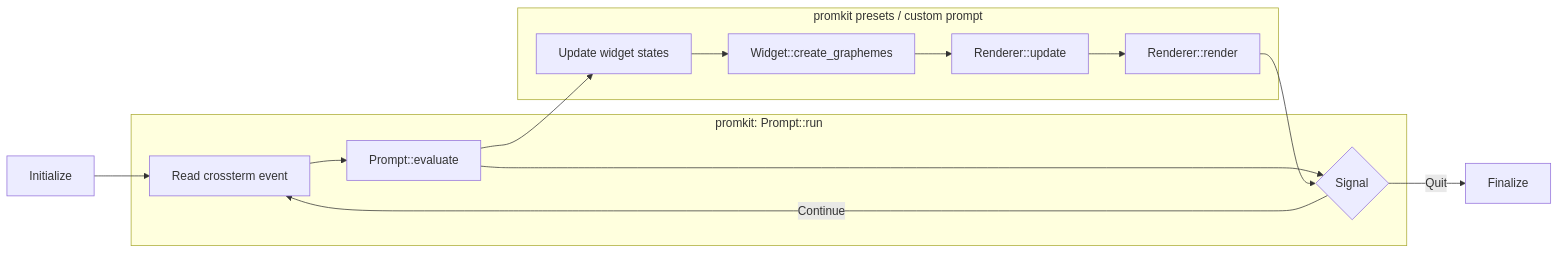
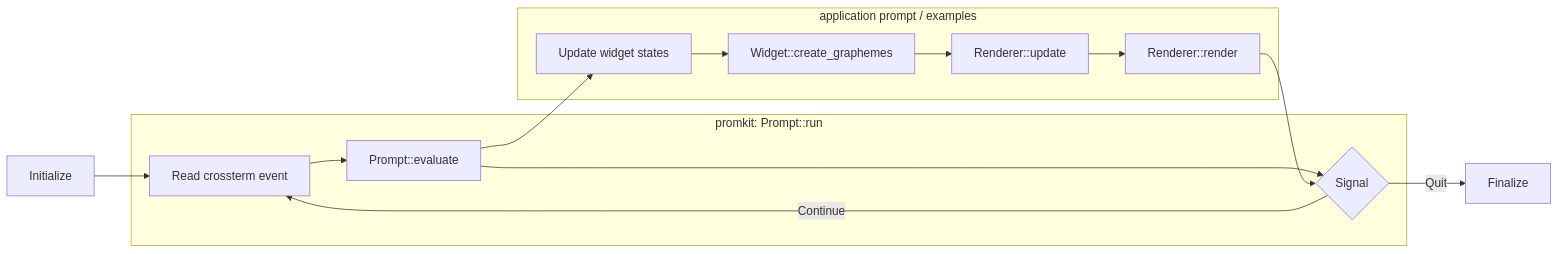
One commit to ynqa/promkit changed the diagram in Concept.md. Above: the diagram before and after it, drawn with Mermaid. The commit also changed other lines of this file and 51 other files, not shown here.

Commit message:
Replace presets with composable examples

````diff
--- a/Concept.md
+++ b/Concept.md
@@ -77,20 +77,20 @@
 ```mermaid
 flowchart LR
     Init[Initialize] --> Observe
 
     subgraph Runtime["promkit: Prompt::run"]
         Observe[Read crossterm event] --> Eval[Prompt::evaluate]
         Eval --> Continue{Signal}
         Continue -->|Continue| Observe
     end
 
-    subgraph Preset["promkit presets / custom prompt"]
+    subgraph Application["application prompt / examples"]
         Eval --> UpdateState[Update widget states]
         UpdateState --> Build[Widget::create_graphemes]
         Build --> Push[Renderer::update]
         Push --> Draw[Renderer::render]
     end
 
     Draw --> Continue
     Continue -->|Quit| Finalize[Finalize]
 ```
````
